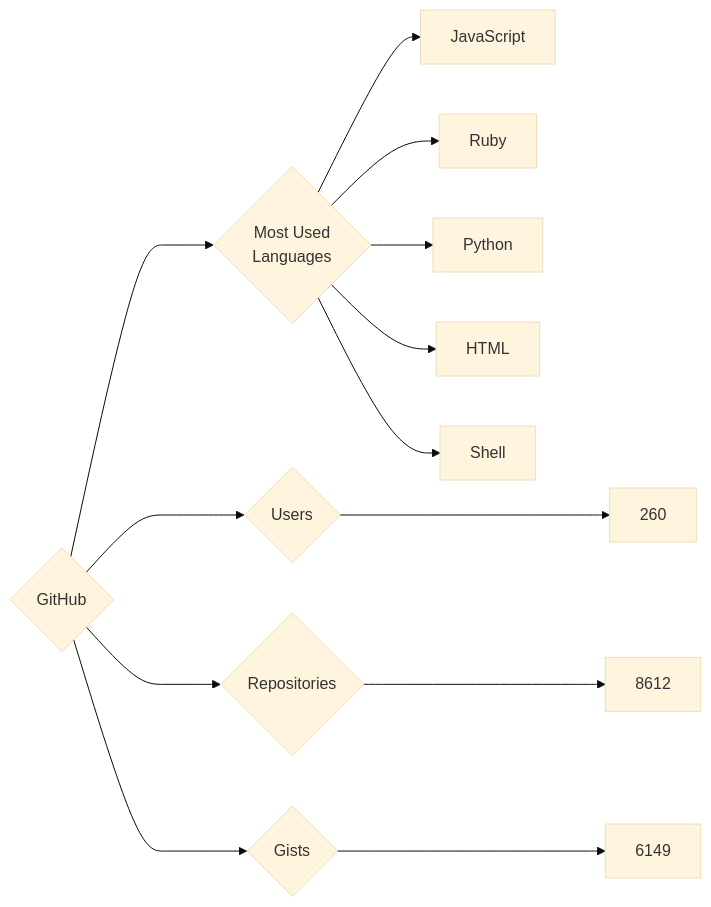
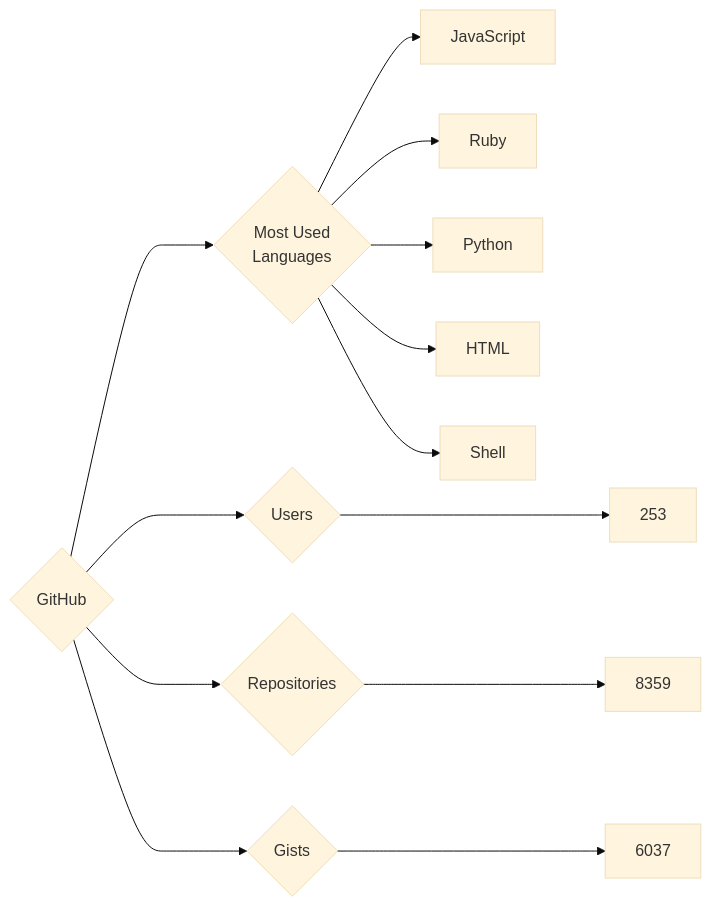
Before and after one commit to trickest/insiders: the diagram in targets/GitHub/README.md, drawn with Mermaid (base theme). The commit also changed 845 other files, not shown here.

````diff
--- a/targets/GitHub/README.md
+++ b/targets/GitHub/README.md
@@ -3,13 +3,13 @@
 ```mermaid
 graph LR
 COMPANY_NAME{GitHub}
-COMPANY_NAME ---> U{Users} ---> UN[260]
-COMPANY_NAME ---> R{Repositories} ---> RN[8612]
-COMPANY_NAME ---> G{Gists} ---> GN[6149]
+COMPANY_NAME ---> U{Users} ---> UN[253]
+COMPANY_NAME ---> R{Repositories} ---> RN[8359]
+COMPANY_NAME ---> G{Gists} ---> GN[6037]
 COMPANY_NAME ---> ML{Most Used<br>Languages}
 ML --> JavaScript[JavaScript]
 ML --> Ruby[Ruby]
 ML --> Python[Python]
 ML --> HTML[HTML]
 ML --> Shell[Shell]
 ```
````
